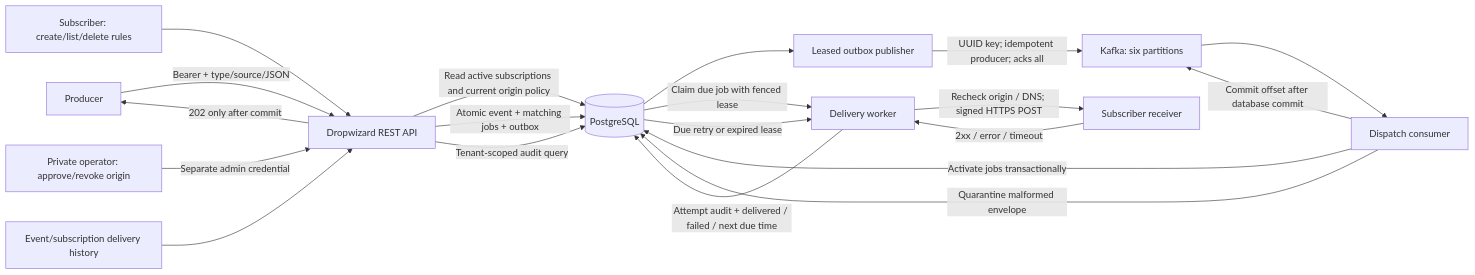
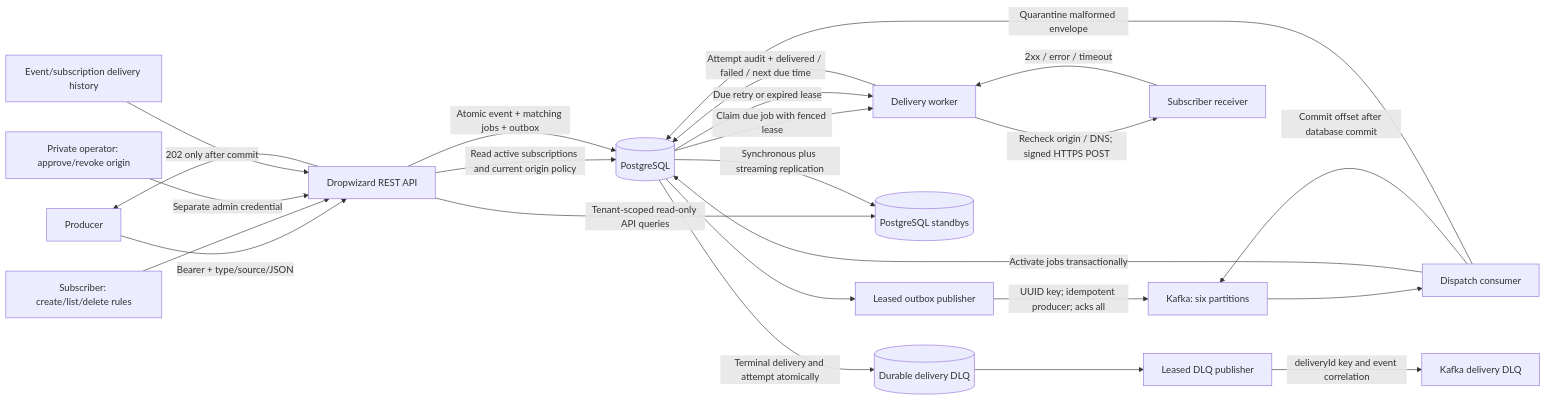
The first of 3 diagrams in docs/architecture.md (Sahil2237/notification-fanout), drawn with Mermaid before and after one commit. The commit also changed other lines of this file and 39 other files, not shown here.

Commit message:
Enforce shared quotas, event identity, fair subscriber leases, delivery DLQ and replica reads

````diff
--- a/docs/architecture.md
+++ b/docs/architecture.md
@@ -3,22 +3,26 @@
 ```mermaid
 flowchart LR
  P[Producer] -->|Bearer + type/source/JSON| A[Dropwizard REST API]
  S[Subscriber: create/list/delete rules] --> A
  M[Private operator: approve/revoke origin] -->|Separate admin credential| A
  A -->|Read active subscriptions and current origin policy| D[(PostgreSQL)]
  A -->|Atomic event + matching jobs + outbox| D
  A -->|202 only after commit| P
  D --> O[Leased outbox publisher]
  O -->|UUID key; idempotent producer; acks all| K[Kafka: six partitions]
  K --> C[Dispatch consumer]
  C -->|Activate jobs transactionally| D
  C -->|Commit offset after database commit| K
  C -->|Quarantine malformed envelope| D
  D -->|Claim due job with fenced lease| W[Delivery worker]
  W -->|Recheck origin / DNS; signed HTTPS POST| H[Subscriber receiver]
  H -->|2xx / error / timeout| W
  W -->|Attempt audit + delivered / failed / next due time| D
  D -->|Due retry or expired lease| W
  Q[Event/subscription delivery history] --> A
- A -->|Tenant-scoped audit query| D
+ A -->|Tenant-scoped read-only API queries| R[(PostgreSQL standbys)]
+ D -->|Synchronous plus streaming replication| R
+ D -->|Terminal delivery and attempt atomically| DL[(Durable delivery DLQ)]
+ DL --> DP[Leased DLQ publisher]
+ DP -->|deliveryId key and event correlation| DK[Kafka delivery DLQ]
 ```
````
